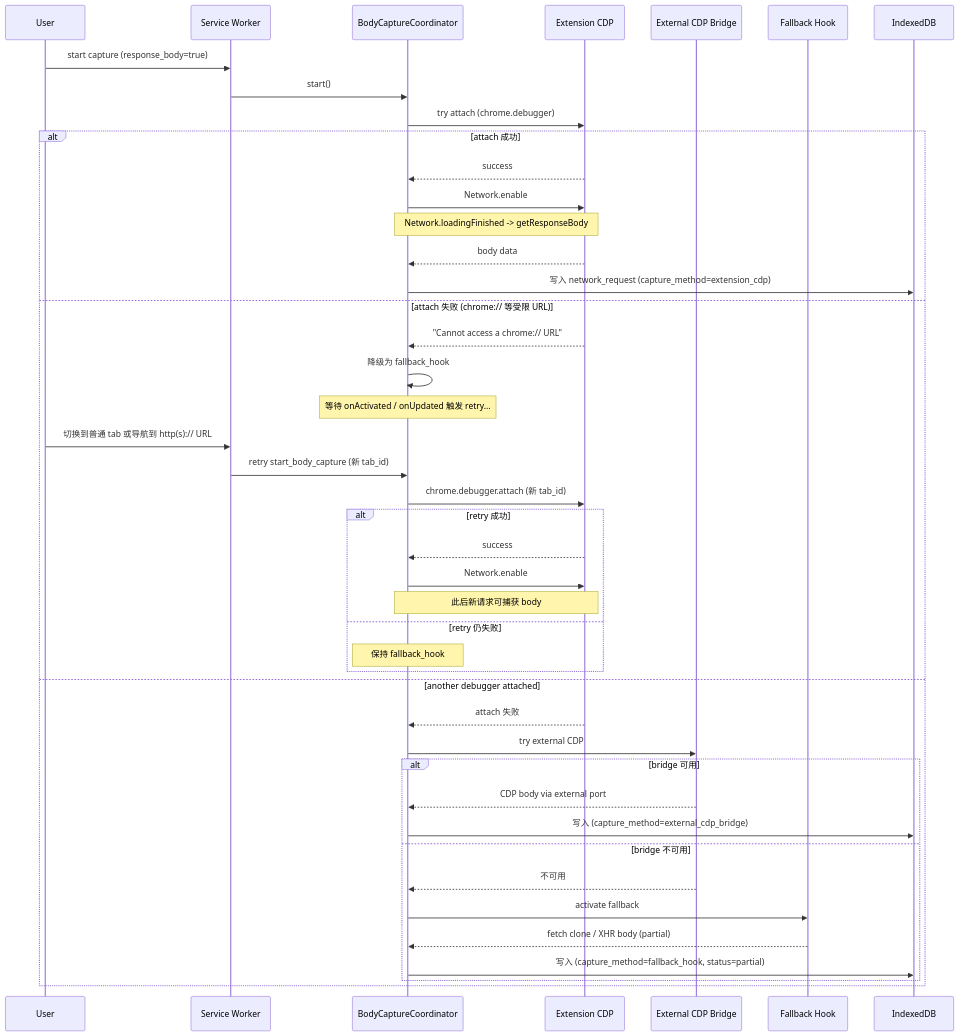
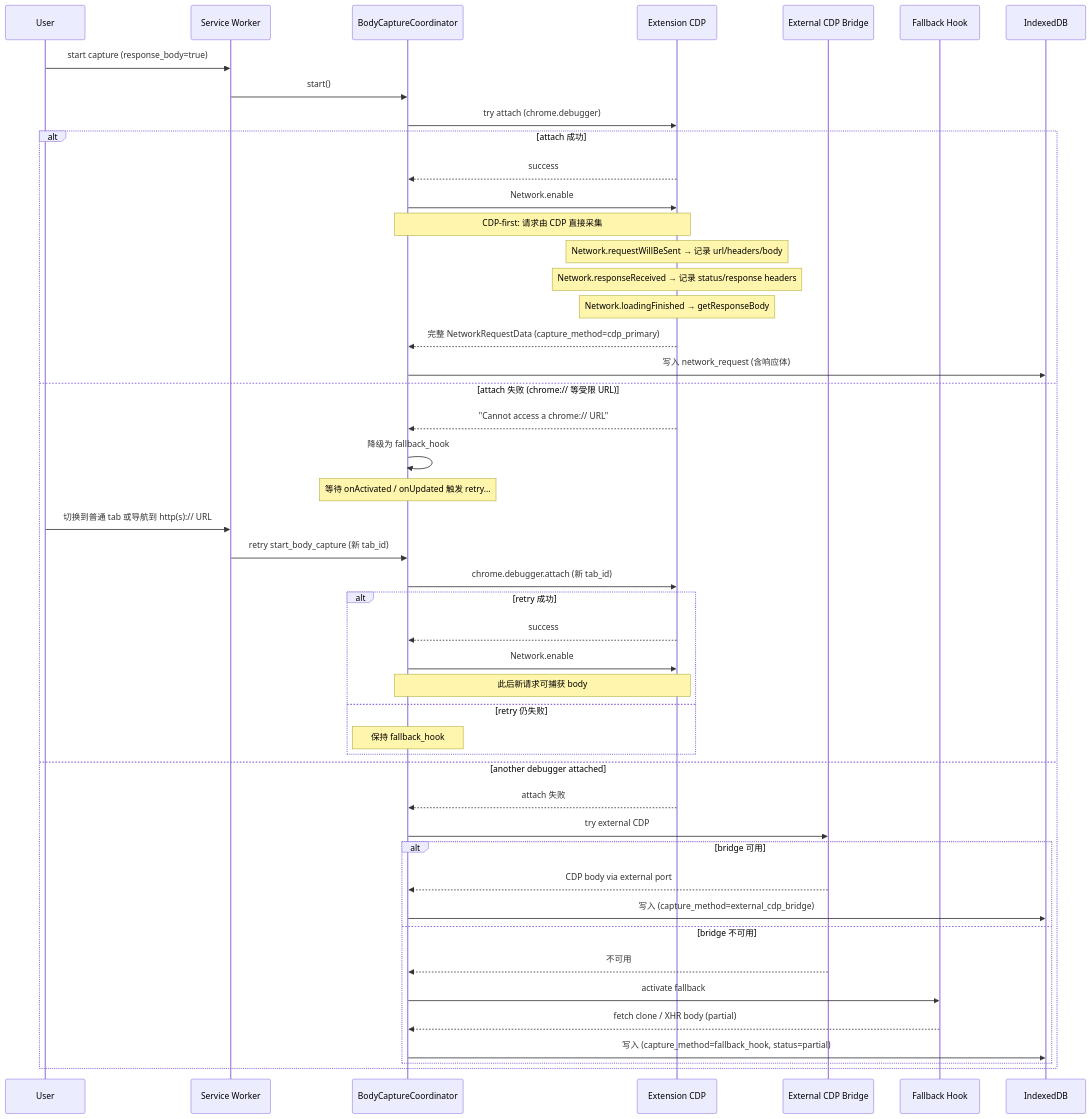
One commit to TuTouPower/capture_all changed the third of 3 diagrams in docs/specs/data_flow.md. Above: the diagram before and after it, drawn with Mermaid. The commit also changed 2 other files, not shown here.

Commit message:
docs: P0.41 CDP-first 架构文档同步更新

````diff
--- a/docs/specs/data_flow.md
+++ b/docs/specs/data_flow.md
@@ -69,48 +69,51 @@
 ```mermaid
 sequenceDiagram
     participant User
     participant SW as Service Worker
     participant Coord as BodyCaptureCoordinator
     participant CDP as Extension CDP
     participant Bridge as External CDP Bridge
     participant Hook as Fallback Hook
     participant IDB as IndexedDB
 
     User->>SW: start capture (response_body=true)
     SW->>Coord: start()
     Coord->>CDP: try attach (chrome.debugger)
 
     alt attach 成功
         CDP-->>Coord: success
         Coord->>CDP: Network.enable
-        Note over Coord,CDP: Network.loadingFinished -> getResponseBody
-        CDP-->>Coord: body data
-        Coord->>IDB: 写入 network_request (capture_method=extension_cdp)
+        Note over Coord,CDP: CDP-first: 请求由 CDP 直接采集
+        Note over CDP: Network.requestWillBeSent → 记录 url/headers/body
+        Note over CDP: Network.responseReceived → 记录 status/response headers
+        Note over CDP: Network.loadingFinished → getResponseBody
+        CDP-->>Coord: 完整 NetworkRequestData (capture_method=cdp_primary)
+        Coord->>IDB: 写入 network_request (含响应体)
     else attach 失败 (chrome:// 等受限 URL)
         CDP-->>Coord: "Cannot access a chrome:// URL"
         Coord->>Coord: 降级为 fallback_hook
         Note over Coord: 等待 onActivated / onUpdated 触发 retry...
         User->>SW: 切换到普通 tab 或导航到 http(s):// URL
         SW->>Coord: retry start_body_capture (新 tab_id)
         Coord->>CDP: chrome.debugger.attach (新 tab_id)
         alt retry 成功
             CDP-->>Coord: success
             Coord->>CDP: Network.enable
             Note over Coord,CDP: 此后新请求可捕获 body
         else retry 仍失败
             Note over Coord: 保持 fallback_hook
         end
     else another debugger attached
         CDP-->>Coord: attach 失败
         Coord->>Bridge: try external CDP
         alt bridge 可用
             Bridge-->>Coord: CDP body via external port
             Coord->>IDB: 写入 (capture_method=external_cdp_bridge)
         else bridge 不可用
             Bridge-->>Coord: 不可用
             Coord->>Hook: activate fallback
             Hook-->>Coord: fetch clone / XHR body (partial)
             Coord->>IDB: 写入 (capture_method=fallback_hook, status=partial)
         end
     end
 ```
````
